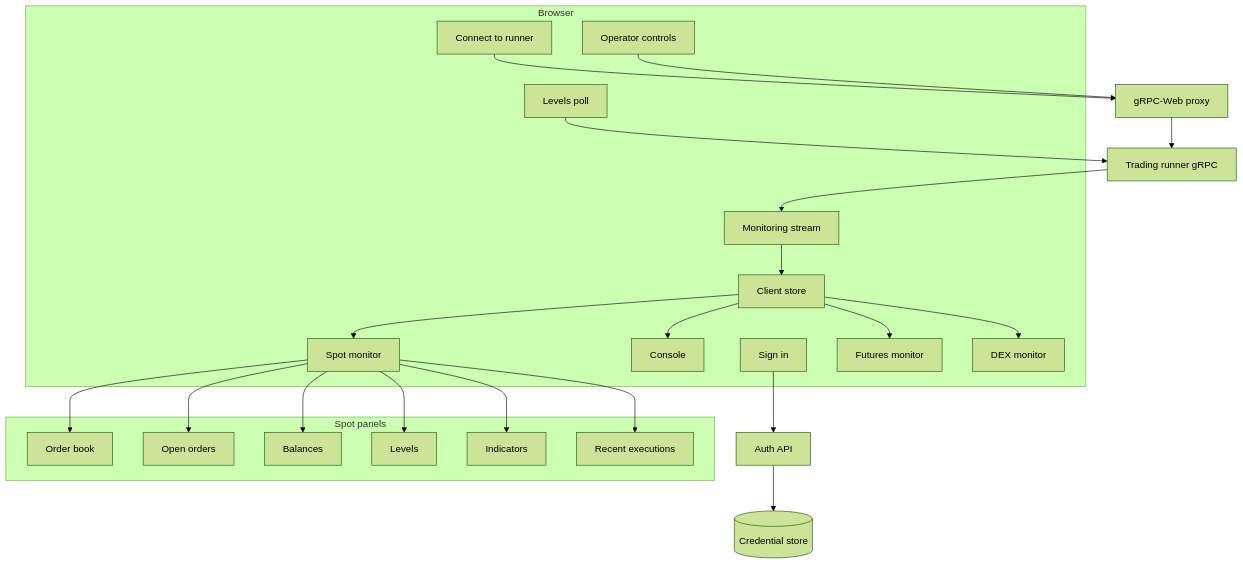
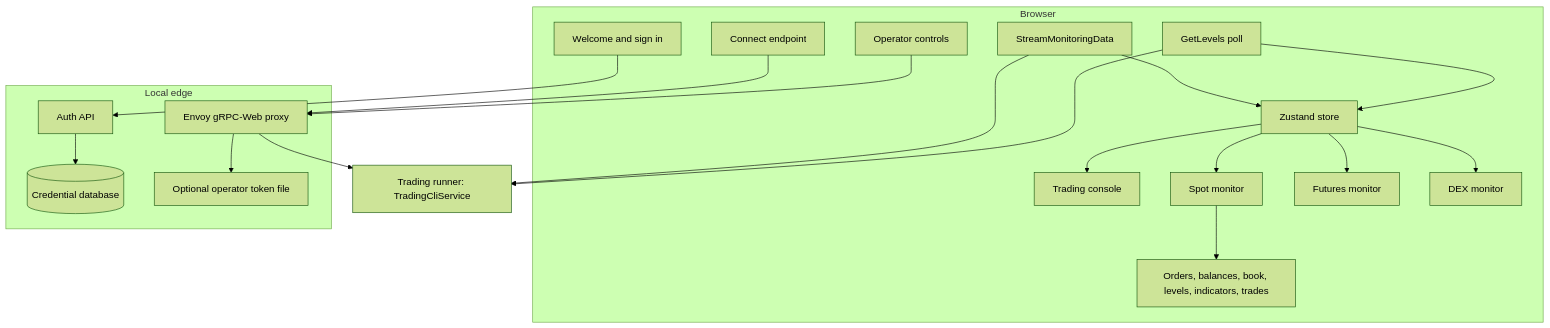
One commit to Kolzodev712/trading-system-showcase changed the seventh of 7 diagrams in README.md. Above: the diagram before and after it, drawn with Mermaid (forest theme). The commit also changed other lines of this file and 7 other files, not shown here.

First line of the commit message:
Add detailed architecture diagrams for the three systems.

````diff
--- a/README.md
+++ b/README.md
@@ -198,45 +250,40 @@
 ```mermaid
 flowchart TB
   subgraph browser [Browser]
-    login[Sign in]
-    connect[Connect to runner]
-    menu[Console]
+    welcome[Welcome and sign in]
+    connect[Connect endpoint]
+    console[Trading console]
     spot[Spot monitor]
     futures[Futures monitor]
     dex[DEX monitor]
-    store[Client store]
-    stream[Monitoring stream]
-    levelsPoll[Levels poll]
-    controls[Operator controls]
+    store[Zustand store]
+    stream[StreamMonitoringData]
+    levelsPoll[GetLevels poll]
+    ops[Operator controls]
+    panels[Orders, balances, book, levels, indicators, trades]
   end
 
-  subgraph panels [Spot panels]
-    book[Order book]
-    orders[Open orders]
-    balances[Balances]
-    levelPanel[Levels]
-    indPanel[Indicators]
-    trades[Recent executions]
+  subgraph edge [Local edge]
+    auth[Auth API]
+    creds[(Credential database)]
+    envoy[Envoy gRPC-Web proxy]
+    token[Optional operator token file]
   end
 
-  auth[Auth API]
-  creds[(Credential store)]
-  proxy[gRPC-Web proxy]
-  runner[Trading runner gRPC]
+  runner[Trading runner: TradingCliService]
 
-  login --> auth --> creds
-  connect --> proxy --> runner
-  runner --> stream --> store
-  store --> menu
+  welcome --> auth --> creds
+  connect --> envoy
+  envoy --> token
+  envoy --> runner
+  stream --> runner
+  stream --> store
+  levelsPoll --> runner
+  levelsPoll --> store
+  store --> console
   store --> spot
   store --> futures
   store --> dex
-  spot --> book
-  spot --> orders
-  spot --> balances
-  spot --> levelPanel
-  spot --> indPanel
-  spot --> trades
-  levelsPoll --> runner
-  controls --> proxy
+  spot --> panels
+  ops --> envoy
 ```
````
